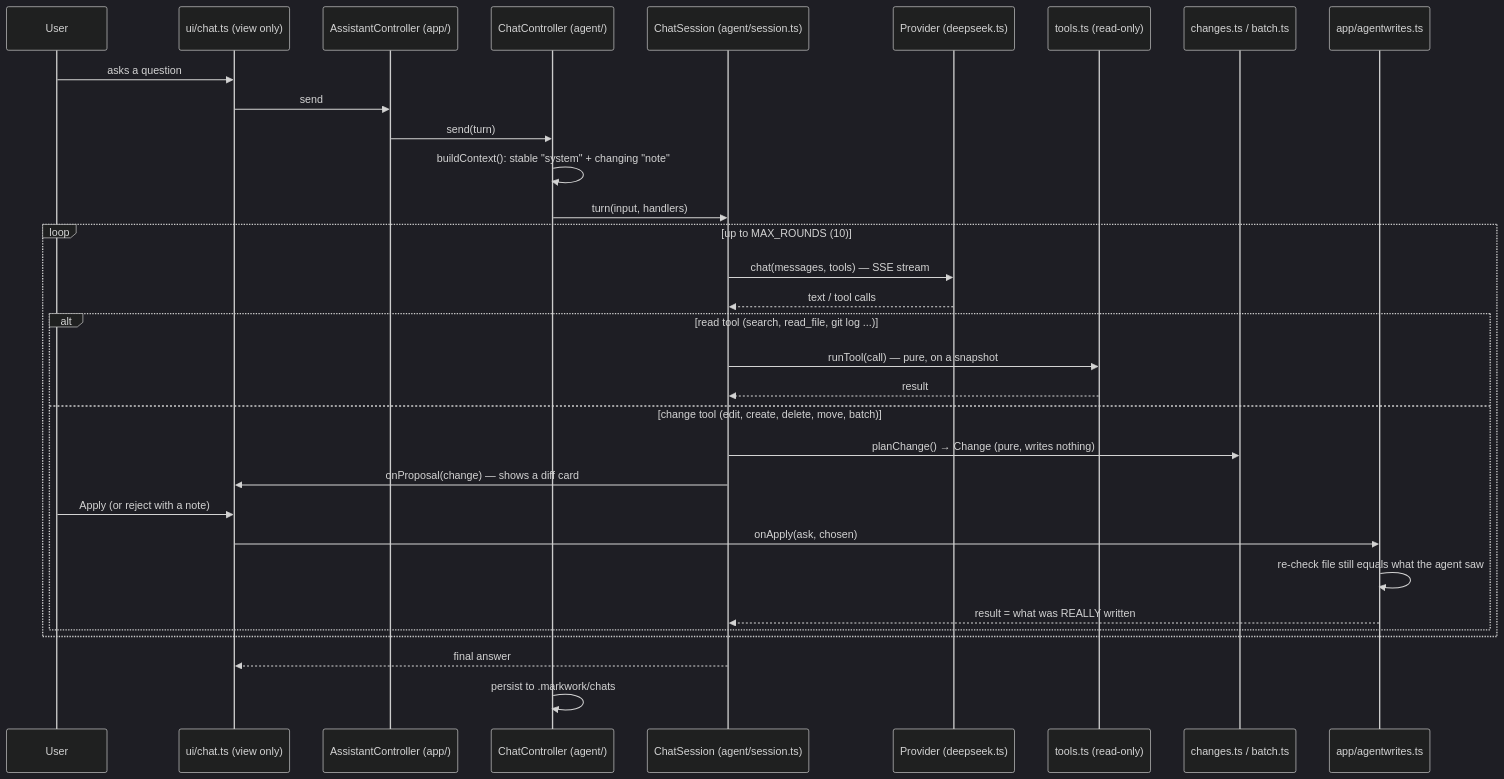
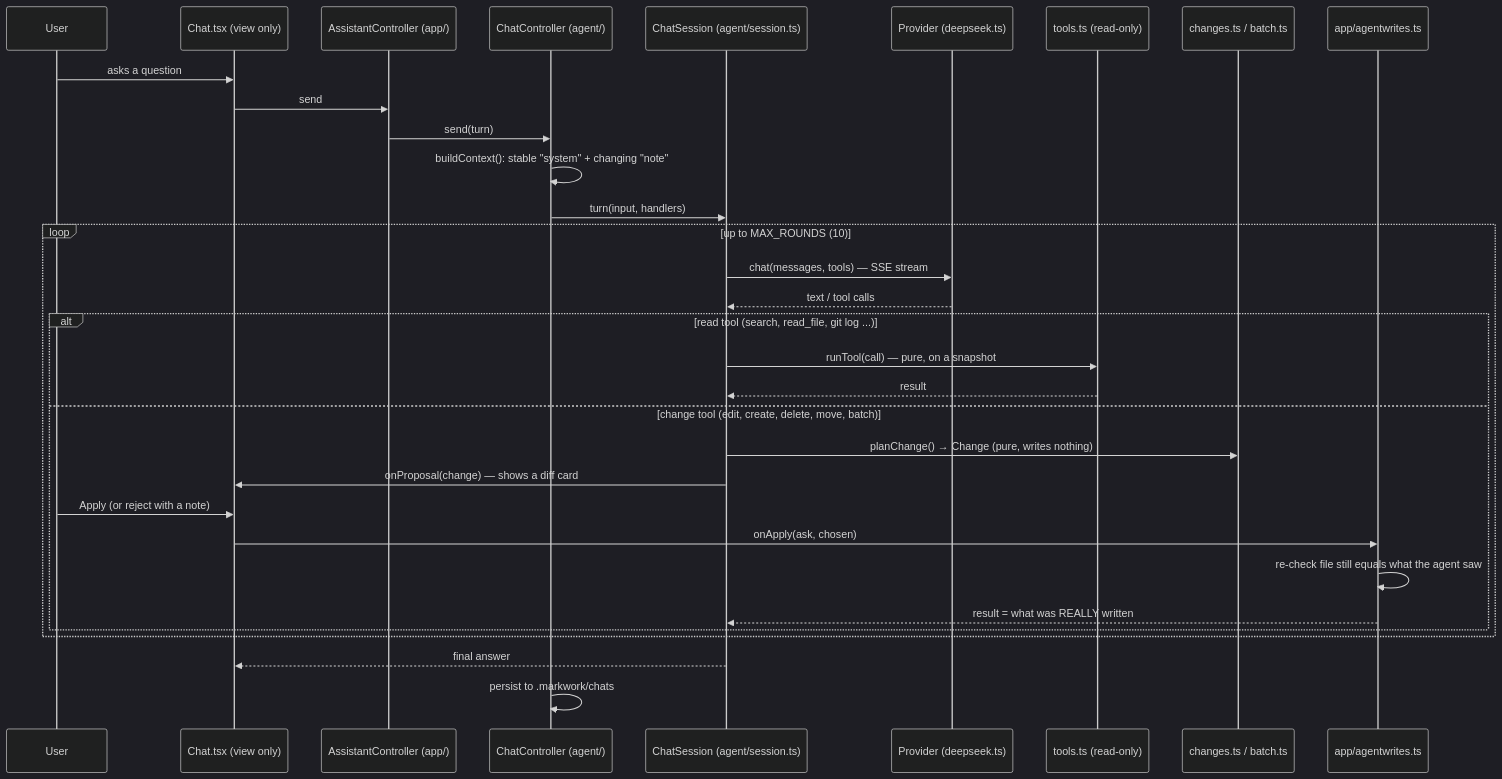
Before and after one commit to EkaPutCom/markwork: diagram 11 of 16 in docs/ONBOARDING.md, drawn with Mermaid (dark theme). The commit also changed other lines of this file and 111 other files, not shown here.

````diff
--- a/docs/ONBOARDING.md
+++ b/docs/ONBOARDING.md
@@ -455,34 +398,34 @@
 ```mermaid
 sequenceDiagram
     participant U as User
-    participant P as ui/chat.ts (view only)
+    participant P as Chat.tsx (view only)
     participant AC as AssistantController (app/)
     participant CC as ChatController (agent/)
     participant CS as ChatSession (agent/session.ts)
     participant PR as Provider (deepseek.ts)
     participant TL as tools.ts (read-only)
     participant CH as changes.ts / batch.ts
     participant AW as app/agentwrites.ts
     U->>P: asks a question
     P->>AC: send
     AC->>CC: send(turn)
     CC->>CC: buildContext(): stable "system" + changing "note"
     CC->>CS: turn(input, handlers)
     loop up to MAX_ROUNDS (10)
         CS->>PR: chat(messages, tools) — SSE stream
         PR-->>CS: text / tool calls
         alt read tool (search, read_file, git log ...)
             CS->>TL: runTool(call) — pure, on a snapshot
             TL-->>CS: result
         else change tool (edit, create, delete, move, batch)
             CS->>CH: planChange() → Change (pure, writes nothing)
             CS->>P: onProposal(change) — shows a diff card
             U->>P: Apply (or reject with a note)
             P->>AW: onApply(ask, chosen)
             AW->>AW: re-check file still equals what the agent saw
             AW-->>CS: result = what was REALLY written
         end
     end
     CS-->>P: final answer
     CC->>CC: persist to .markwork/chats
 ```
````
